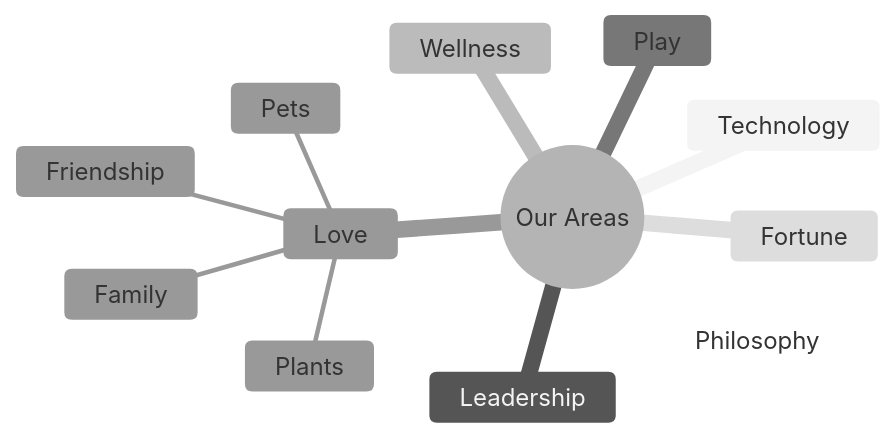
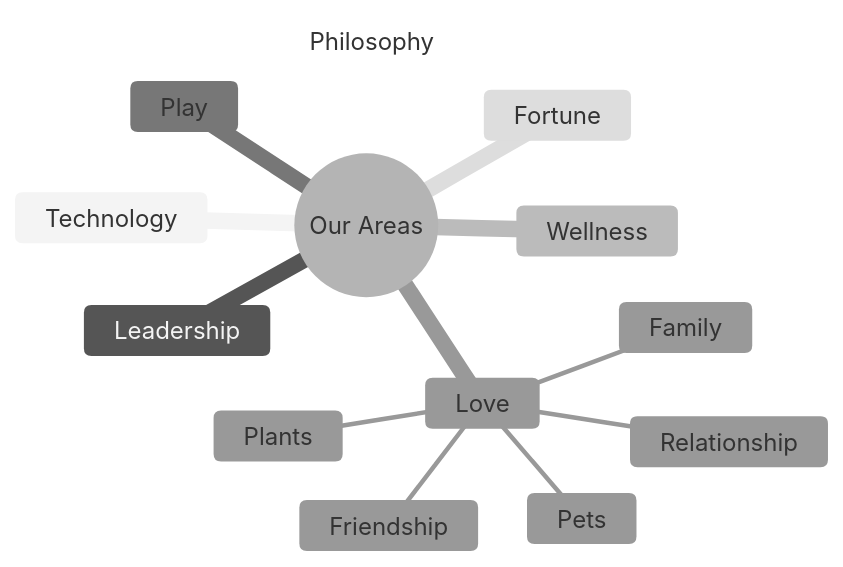
One commit to jovialchen/exberbertea changed the diagram in index.md. Above: the diagram before and after it, drawn with Mermaid (neutral theme). The commit also changed other lines of this file and 2 other files, not shown here.

````diff
--- a/index.md
+++ b/index.md
@@ -20,15 +27,16 @@
-    <div class="mermaid">
-        mindmap
-        root((Our Areas))
-            Technology
-            Leadership
-            Wellness
-            Play
-            Love
-                Family
-                Friendship
-                Pets
-                Plants
-            Fortune
-            Philosophy
-    </div>
+```mermaid
+mindmap
+    root((Our Areas))
+        Technology
+        Leadership
+        Wellness
+        Play
+        Love
+            Relationship
+            Family
+            Friendship
+            Pets
+            Plants
+        Fortune
+        Philosophy
+```
````
